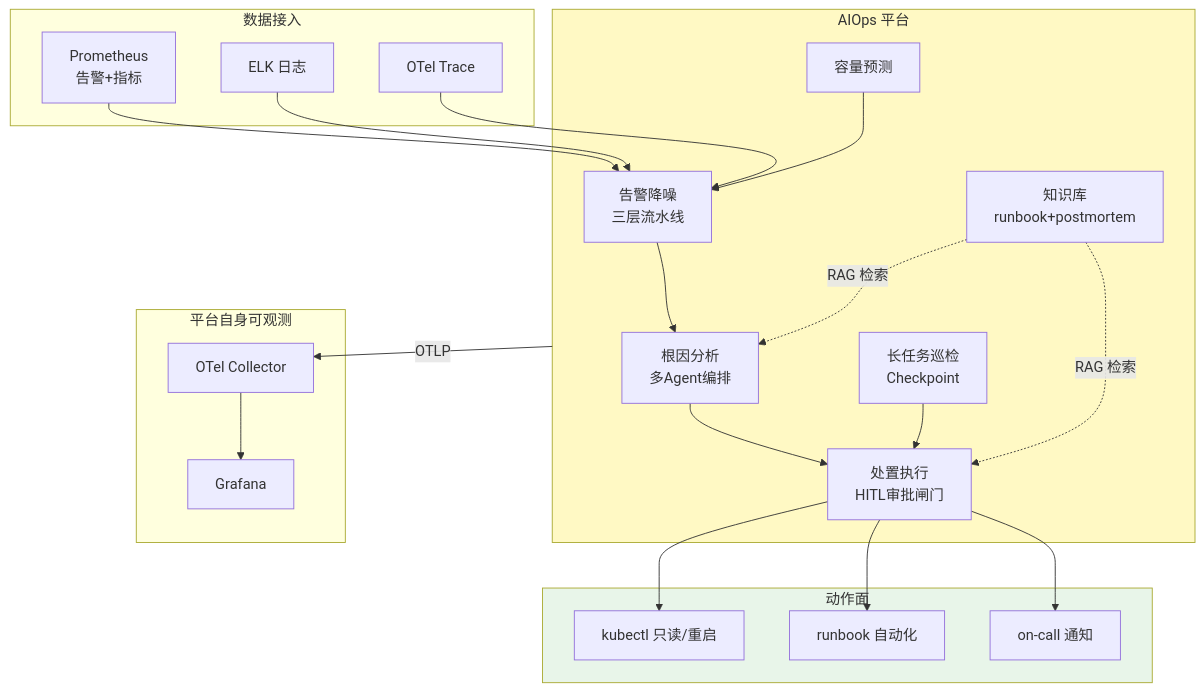
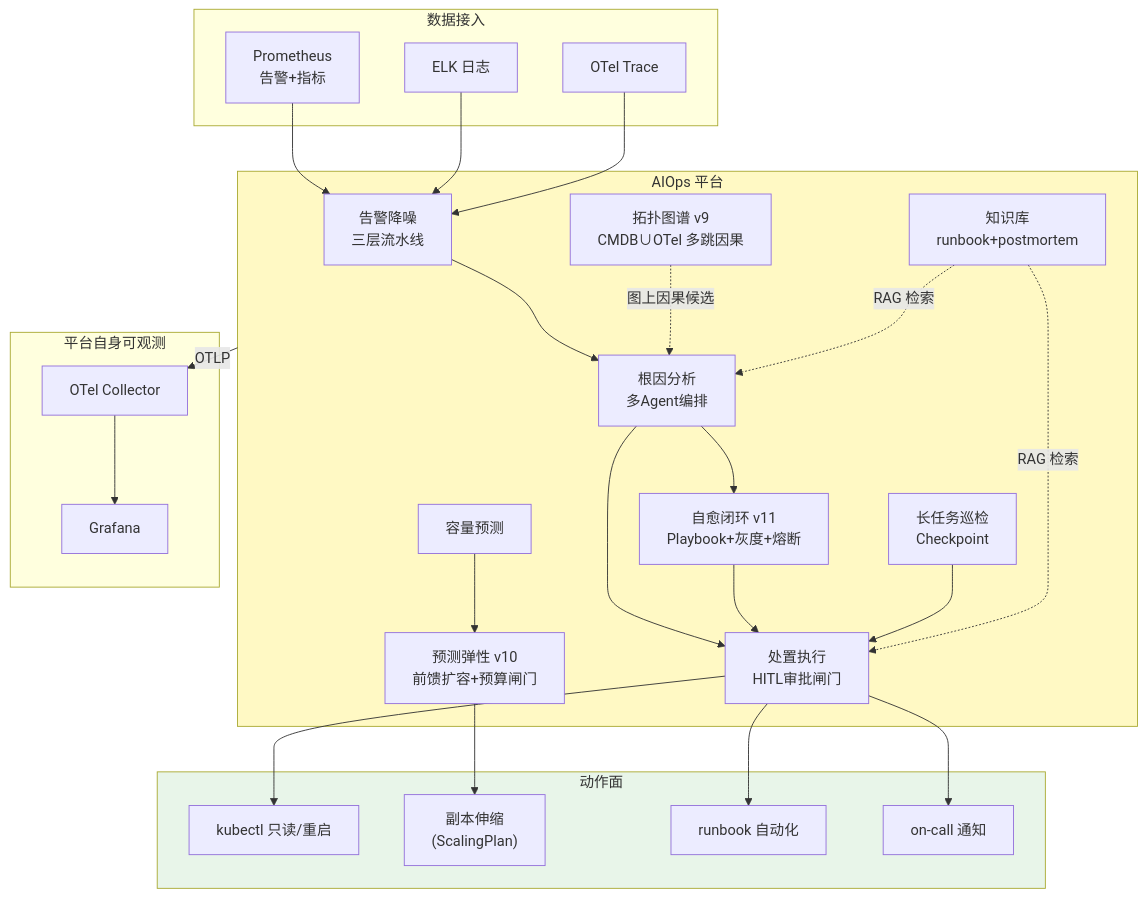
The second of 2 diagrams in docs/项目/09-智能运维AIOps平台/00-需求分析与架构设计.md (UranusGit/java-agent-learn), drawn with Mermaid before and after one commit. The commit also changed other lines of this file and 114 other files, not shown here.

````diff
--- a/docs/项目/09-智能运维AIOps平台/00-需求分析与架构设计.md
+++ b/docs/项目/09-智能运维AIOps平台/00-需求分析与架构设计.md
@@ -68,36 +93,44 @@
 ```mermaid
 flowchart TB
     subgraph INGEST["数据接入"]
         PROM["Prometheus<br/>告警+指标"]
         LOG["ELK 日志"]
         OTL["OTel Trace"]
     end
     subgraph PLAT["AIOps 平台"]
         ALERT["告警降噪<br/>三层流水线"]
         RCA["根因分析<br/>多Agent编排"]
         EXEC["处置执行<br/>HITL审批闸门"]
         INSP["长任务巡检<br/>Checkpoint"]
         RUNBK["知识库<br/>runbook+postmortem"]
         CAP["容量预测"]
+        TOPO["拓扑图谱 v9<br/>CMDB∪OTel 多跳因果"]
+        ELAS["预测弹性 v10<br/>前馈扩容+预算闸门"]
+        HEAL["自愈闭环 v11<br/>Playbook+灰度+熔断"]
     end
     subgraph ACT["动作面"]
         K8S["kubectl 只读/重启"]
+        SCALE["副本伸缩<br/>(ScalingPlan)"]
         RB["runbook 自动化"]
         NOTIFY["on-call 通知"]
     end
     subgraph OBS["平台自身可观测"]
         OT["OTel Collector"]
         GRAF["Grafana"]
     end
 
     PROM & LOG & OTL --> ALERT
     ALERT --> RCA
+    TOPO -. 图上因果候选 .-> RCA
     RCA --> EXEC
     EXEC --> K8S & RB & NOTIFY
+    RCA --> HEAL
+    HEAL --> EXEC
     INSP --> EXEC
     RUNBK -. RAG 检索 .-> RCA & EXEC
-    CAP --> ALERT
+    CAP --> ELAS
+    ELAS --> SCALE
     PLAT -- OTLP --> OT --> GRAF
     style PLAT fill:#fff9c4
     style ACT fill:#e8f5e9
 ```
````
